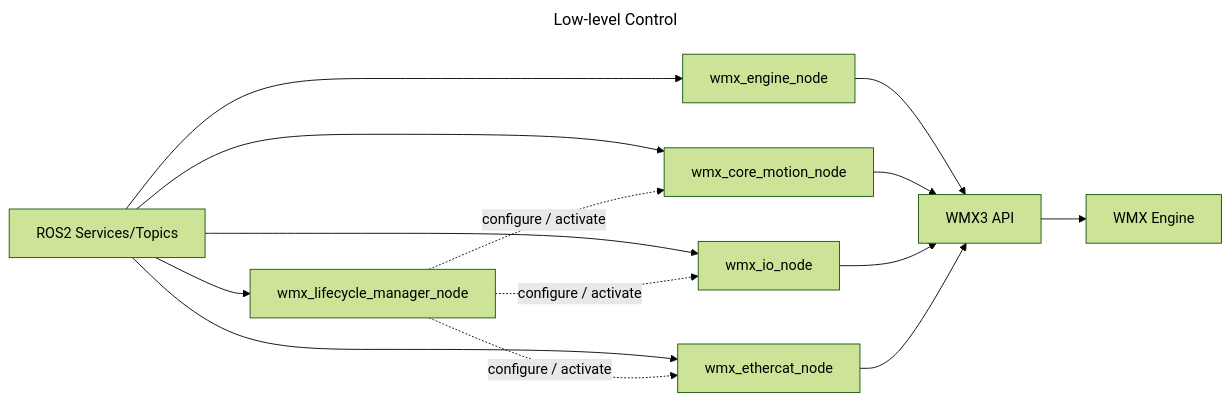
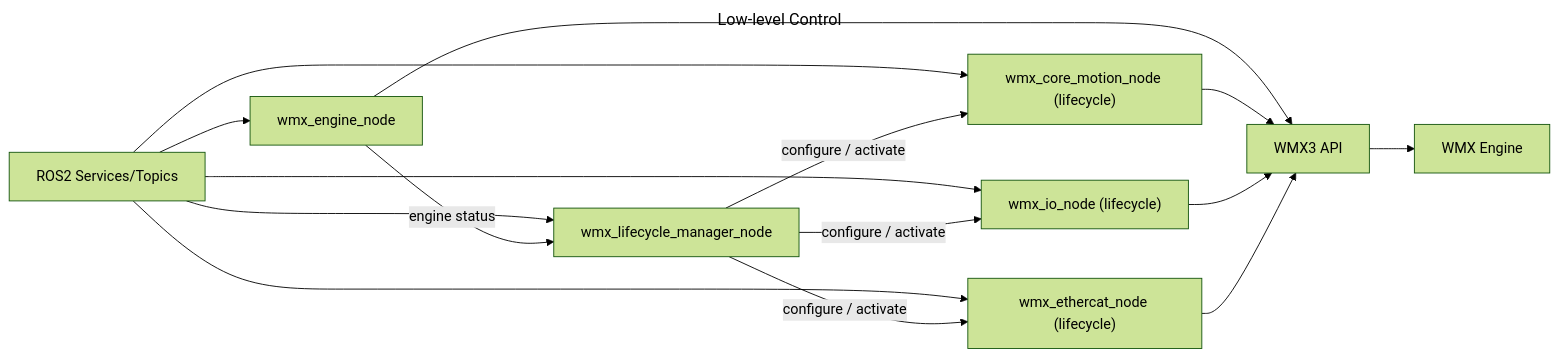
The first of 2 diagrams in README.md (movensys/wmx-ros2), drawn with Mermaid (forest theme) before and after one commit. The commit also changed other lines of this file and 14 other files, not shown here.

````diff
--- a/README.md
+++ b/README.md
@@ -58,19 +58,20 @@
 ```mermaid
 ---
 title: Low-level Control
 ---
 flowchart LR;
     A[ROS2 Services/Topics] --> B[wmx_engine_node];
-    A --> H[wmx_lifecycle_manager_node];
-    A --> C[wmx_core_motion_node];
-    A --> D[wmx_io_node];
-    A --> E[wmx_ethercat_node];
-    H -.->|configure / activate| C;
-    H -.->|configure / activate| D;
-    H -.->|configure / activate| E;
+    A --> M[wmx_lifecycle_manager_node];
+    A --> C["wmx_core_motion_node (lifecycle)"];
+    A --> D["wmx_io_node (lifecycle)"];
+    A --> E["wmx_ethercat_node (lifecycle)"];
+    B -->|engine status| M;
+    M -->|configure / activate| C;
+    M -->|configure / activate| D;
+    M -->|configure / activate| E;
     B --> F[WMX3 API];
     C --> F;
     D --> F;
     E --> F;
     F --> G[WMX Engine];
 ```
````
